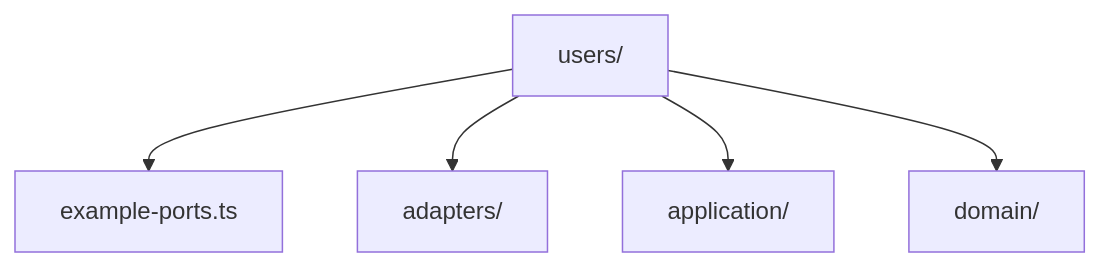
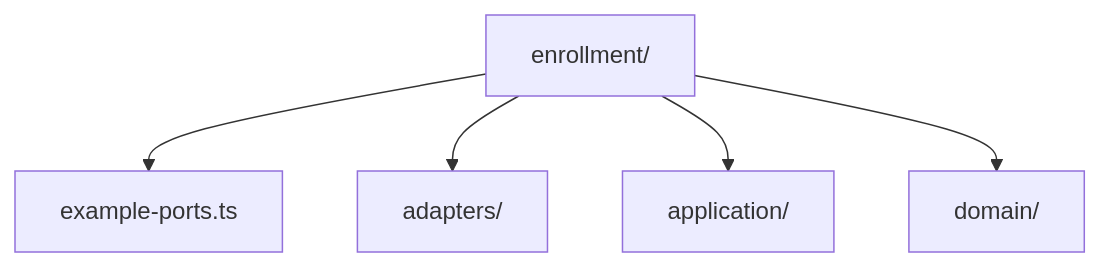
Before and after one commit to virtualitems/tshex-cli: the fifth of 7 diagrams in docs/library-structure.md, drawn with Mermaid. The commit also changed other lines of this file and 5 other files, not shown here.

````diff
--- a/docs/library-structure.md
+++ b/docs/library-structure.md
@@ -86,7 +86,7 @@
 ```mermaid
 flowchart TD
-    users["users/"] --> ports["example-ports.ts"]
-    users --> adapters["adapters/"]
-    users --> application["application/"]
-    users --> domain["domain/"]
+    enrollment["enrollment/"] --> ports["example-ports.ts"]
+    enrollment --> adapters["adapters/"]
+    enrollment --> application["application/"]
+    enrollment --> domain["domain/"]
 ```
````
